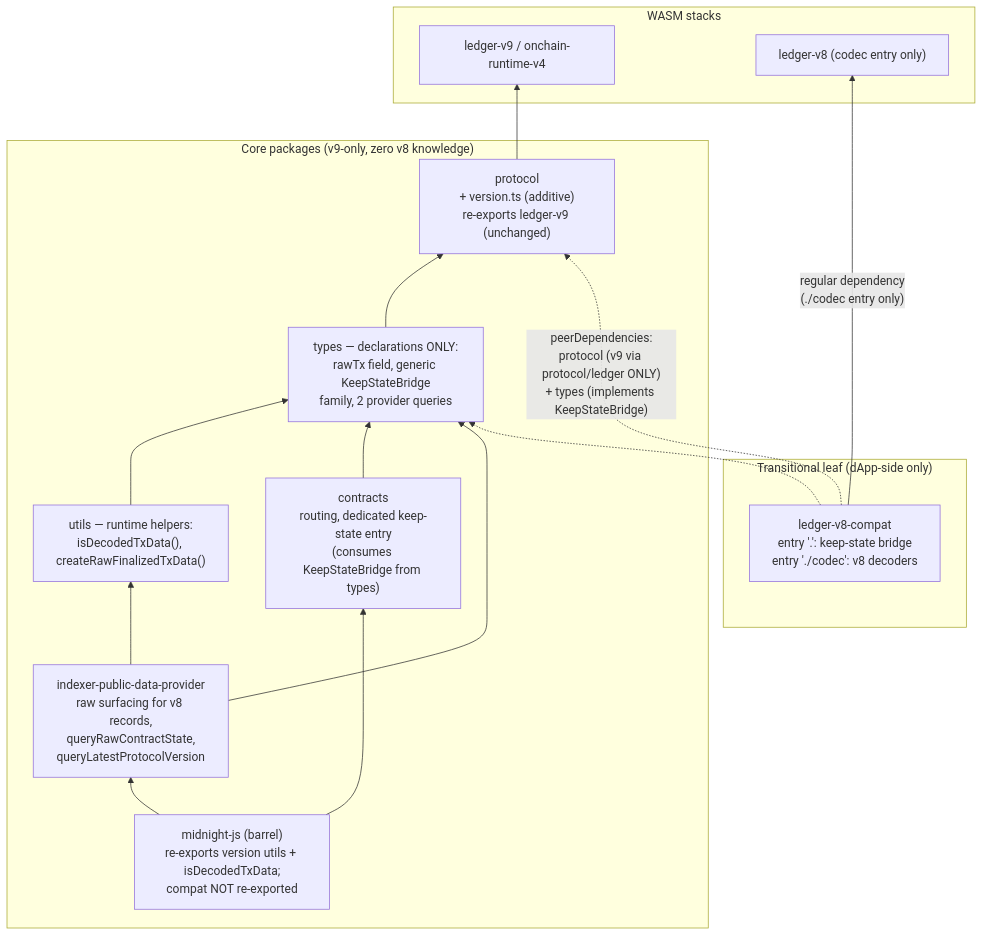
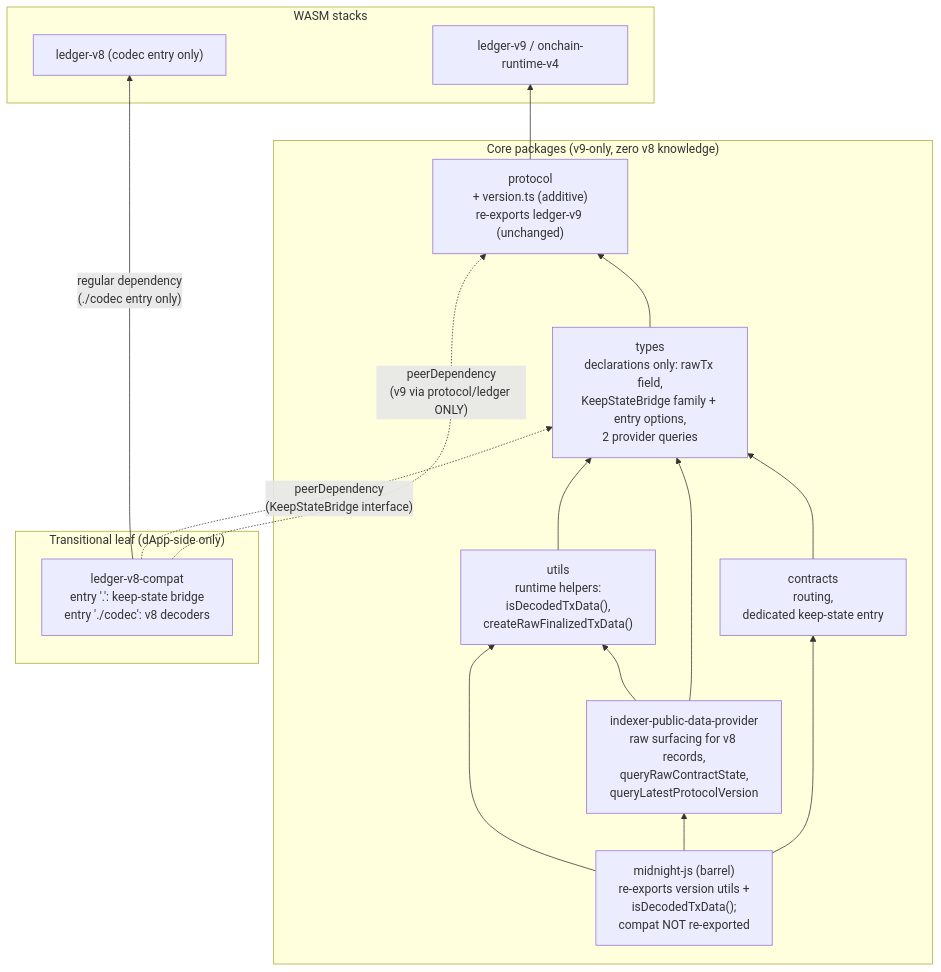
One commit to midnightntwrk/midnight-js changed the third of 11 diagrams in docs/superpowers/architecture/2026-08-05-ledger-v8-v9-dual-support-architecture.md. Above: the diagram before and after it, drawn with Mermaid. The commit also changed other lines of this file, not shown here.

First line of the commit message:
docs: sync HF architecture doc fully with spec v3.8

````diff
--- a/docs/superpowers/architecture/2026-08-05-ledger-v8-v9-dual-support-architecture.md
+++ b/docs/superpowers/architecture/2026-08-05-ledger-v8-v9-dual-support-architecture.md
@@ -98,32 +98,33 @@
 ```mermaid
 flowchart BT
     subgraph core["Core packages (v9-only, zero v8 knowledge)"]
         protocol["protocol<br/>+ version.ts (additive)<br/>re-exports ledger-v9 (unchanged)"]
-        types["types — declarations ONLY:<br/>rawTx field, generic KeepStateBridge<br/>family, 2 provider queries"]
-        utils["utils — runtime helpers:<br/>isDecodedTxData(), createRawFinalizedTxData()"]
-        contracts["contracts<br/>routing, dedicated keep-state entry<br/>(consumes KeepStateBridge from types)"]
+        types["types<br/>declarations only: rawTx field,<br/>KeepStateBridge family + entry options,<br/>2 provider queries"]
+        utils["utils<br/>runtime helpers:<br/>isDecodedTxData(),<br/>createRawFinalizedTxData()"]
+        contracts["contracts<br/>routing,<br/>dedicated keep-state entry"]
         indexerprov["indexer-public-data-provider<br/>raw surfacing for v8 records,<br/>queryRawContractState,<br/>queryLatestProtocolVersion"]
-        barrel["midnight-js (barrel)<br/>re-exports version utils + isDecodedTxData;<br/>compat NOT re-exported"]
+        barrel["midnight-js (barrel)<br/>re-exports version utils +<br/>isDecodedTxData();<br/>compat NOT re-exported"]
     end
 
     subgraph leaf["Transitional leaf (dApp-side only)"]
         compat["ledger-v8-compat<br/>entry '.': keep-state bridge<br/>entry './codec': v8 decoders"]
     end
 
     subgraph wasm["WASM stacks"]
         v9["ledger-v9 / onchain-runtime-v4"]
         v8["ledger-v8 (codec entry only)"]
     end
 
     types --> protocol
     utils --> types
     contracts --> types
     indexerprov --> types
     indexerprov --> utils
     barrel --> contracts
     barrel --> indexerprov
+    barrel --> utils
     protocol --> v9
-    compat -. "peerDependencies:<br/>protocol (v9 via protocol/ledger ONLY)<br/>+ types (implements KeepStateBridge)" .-> protocol
-    compat -.-> types
+    compat -. "peerDependency<br/>(v9 via protocol/ledger ONLY)" .-> protocol
+    compat -. "peerDependency<br/>(KeepStateBridge interface)" .-> types
     compat -- "regular dependency<br/>(./codec entry only)" --> v8
 ```
````
